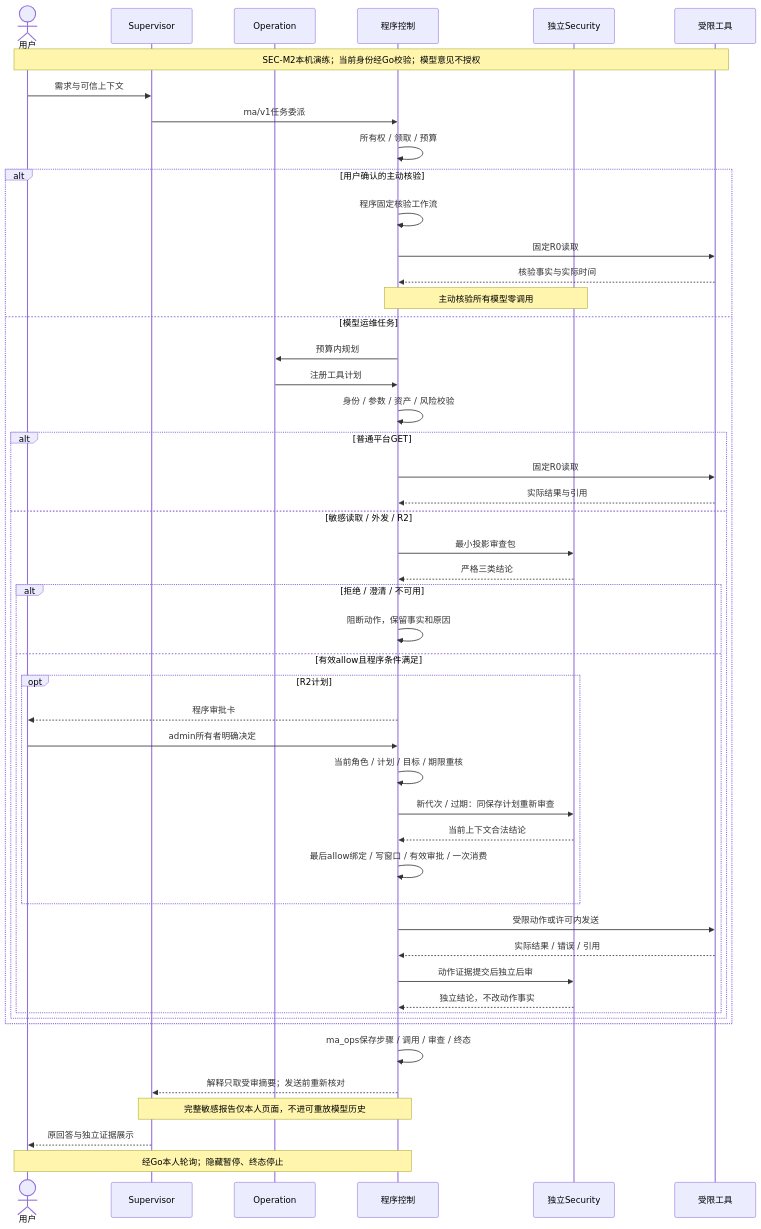
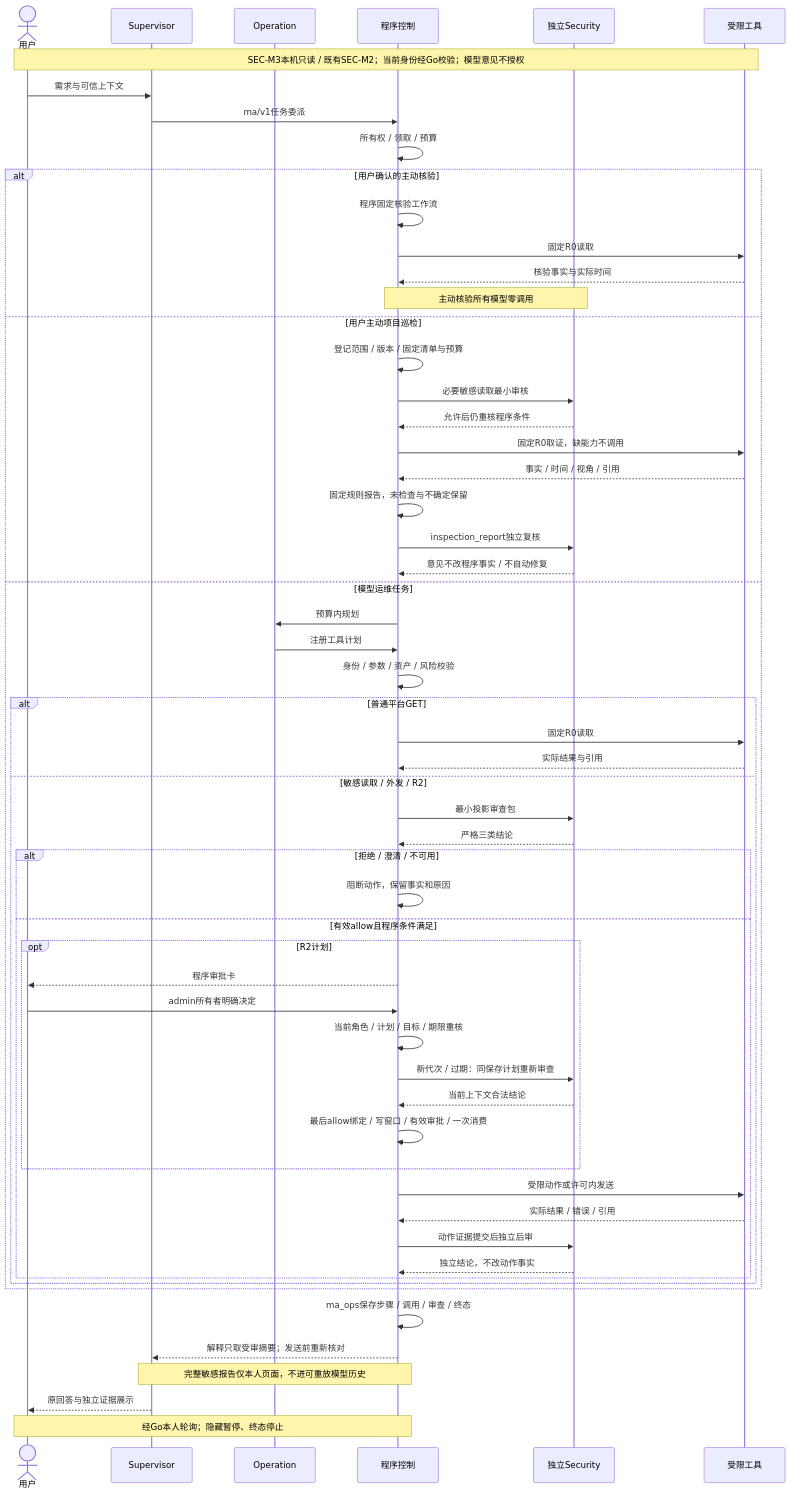
Before and after one commit to Cyan-carp/PowerSystem: the diagram in 内容/第二版-智能体升级/多智能体协作建设/技术选型与架构设计/diagrams/task-sequence.mmd, drawn with Mermaid. The commit also changed 149 other files, not shown here.

```diff
--- a/内容/第二版-智能体升级/多智能体协作建设/技术选型与架构设计/diagrams/task-sequence.mmd
+++ b/内容/第二版-智能体升级/多智能体协作建设/技术选型与架构设计/diagrams/task-sequence.mmd
@@ -1,49 +1,58 @@
 sequenceDiagram
   actor U as 用户
   participant S as Supervisor
   participant O as Operation
   participant C as 程序控制
   participant R as 独立Security
   participant T as 受限工具
-  Note over U,T: SEC-M2本机演练；当前身份经Go校验；模型意见不授权
+  Note over U,T: SEC-M3本机只读 / 既有SEC-M2；当前身份经Go校验；模型意见不授权
   U->>S: 需求与可信上下文
   S->>C: ma/v1任务委派
   C->>C: 所有权 / 领取 / 预算
   alt 用户确认的主动核验
     C->>C: 程序固定核验工作流
     C->>T: 固定R0读取
     T-->>C: 核验事实与实际时间
     Note over C,R: 主动核验所有模型零调用
+  else 用户主动项目巡检
+    C->>C: 登记范围 / 版本 / 固定清单与预算
+    C->>R: 必要敏感读取最小审核
+    R-->>C: 允许后仍重核程序条件
+    C->>T: 固定R0取证，缺能力不调用
+    T-->>C: 事实 / 时间 / 视角 / 引用
+    C->>C: 固定规则报告，未检查与不确定保留
+    C->>R: inspection_report独立复核
+    R-->>C: 意见不改程序事实 / 不自动修复
   else 模型运维任务
     C->>O: 预算内规划
     O->>C: 注册工具计划
     C->>C: 身份 / 参数 / 资产 / 风险校验
     alt 普通平台GET
       C->>T: 固定R0读取
       T-->>C: 实际结果与引用
     else 敏感读取 / 外发 / R2
       C->>R: 最小投影审查包
       R-->>C: 严格三类结论
       alt 拒绝 / 澄清 / 不可用
         C->>C: 阻断动作，保留事实和原因
       else 有效allow且程序条件满足
         opt R2计划
           C-->>U: 程序审批卡
           U->>C: admin所有者明确决定
           C->>C: 当前角色 / 计划 / 目标 / 期限重核
           C->>R: 新代次 / 过期：同保存计划重新审查
           R-->>C: 当前上下文合法结论
           C->>C: 最后allow绑定 / 写窗口 / 有效审批 / 一次消费
         end
         C->>T: 受限动作或许可内发送
         T-->>C: 实际结果 / 错误 / 引用
         C->>R: 动作证据提交后独立后审
         R-->>C: 独立结论，不改动作事实
       end
     end
   end
   C->>C: ma_ops保存步骤 / 调用 / 审查 / 终态
   C-->>S: 解释只取受审摘要；发送前重新核对
   Note over S,C: 完整敏感报告仅本人页面，不进可重放模型历史
   S-->>U: 原回答与独立证据展示
   Note over U,C: 经Go本人轮询；隐藏暂停、终态停止
```
